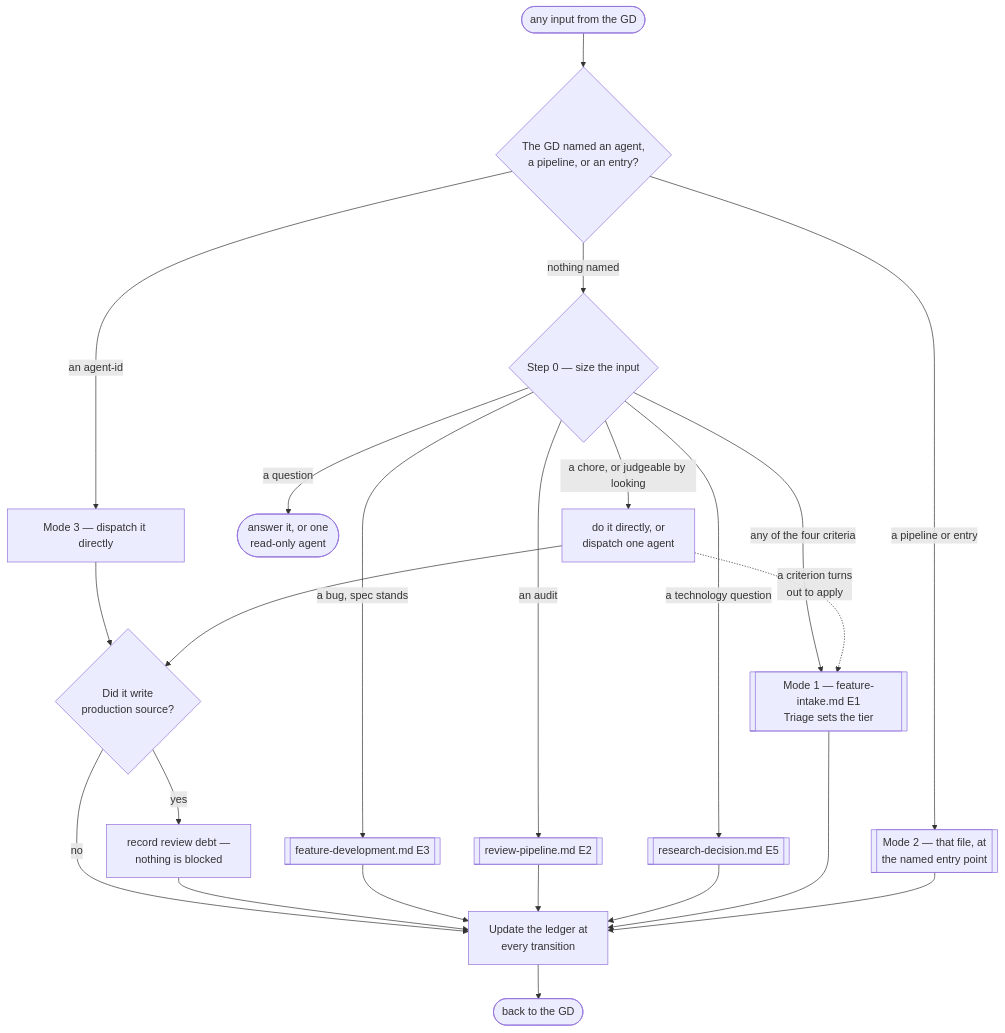
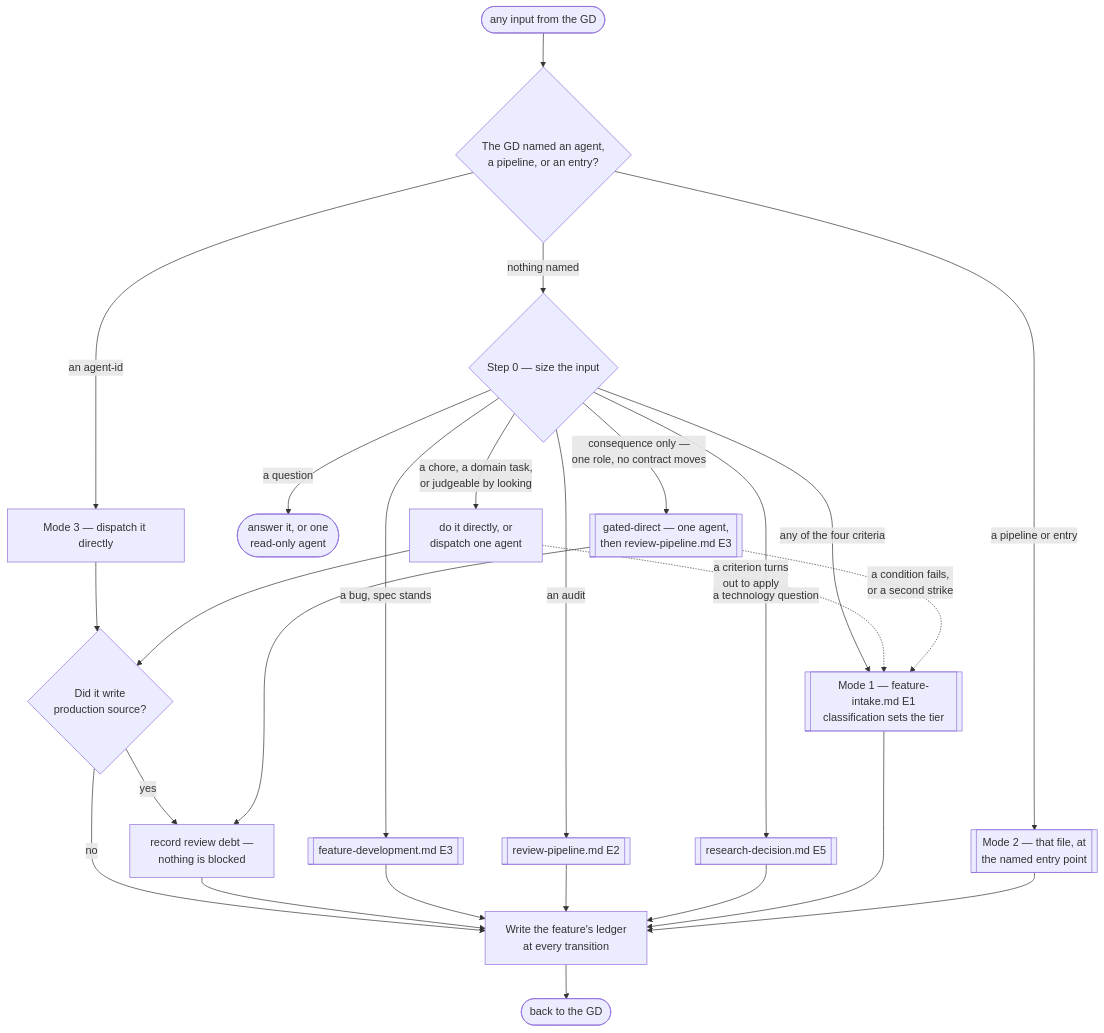
Before and after one commit to PhuNguyen182/AI-For-Game-Development: the diagram in .claude/workflows/orchestrator.md, drawn with Mermaid. The commit also changed other lines of this file and 4 other files, not shown here.

````diff
--- a/.claude/workflows/orchestrator.md
+++ b/.claude/workflows/orchestrator.md
@@ -61,30 +92,33 @@
 ```mermaid
 flowchart TD
     In([any input from the GD]) --> Named{The GD named an agent,<br/>a pipeline, or an entry?}
 
     Named -->|an agent-id| M3[Mode 3 — dispatch it directly]
     Named -->|a pipeline or entry| M2[[Mode 2 — that file, at<br/>the named entry point]]
     Named -->|nothing named| Size{Step 0 — size the input}
 
     Size -->|a question| Ans([answer it, or one<br/>read-only agent])
-    Size -->|"a chore, or judgeable by looking"| Do[do it directly, or<br/>dispatch one agent]
+    Size -->|"a chore, a domain task,<br/>or judgeable by looking"| Do[do it directly, or<br/>dispatch one agent]
     Size -->|a bug, spec stands| Bug[[feature-development.md E3]]
     Size -->|an audit| Aud[[review-pipeline.md E2]]
     Size -->|a technology question| Res[[research-decision.md E5]]
-    Size -->|any of the four criteria| Full[[Mode 1 — feature-intake.md E1<br/>Triage sets the tier]]
+    Size -->|"consequence only —<br/>one role, no contract moves"| GDL[[gated-direct — one agent,<br/>then review-pipeline.md E3]]
+    Size -->|any of the four criteria| Full[[Mode 1 — feature-intake.md E1<br/>classification sets the tier]]
 
     Do -.->|a criterion turns<br/>out to apply| Full
+    GDL -.->|a condition fails,<br/>or a second strike| Full
 
     M3 --> Wrote{Did it write<br/>production source?}
     Do --> Wrote
     Wrote -->|yes| Debt[record review debt —<br/>nothing is blocked]
     Wrote -->|no| Led
     Debt --> Led
 
     Bug --> Led
     Aud --> Led
     Res --> Led
+    GDL --> Debt
     Full --> Led
-    M2 --> Led[Update the ledger at<br/>every transition]
+    M2 --> Led[Write the feature's ledger<br/>at every transition]
     Led --> Out([back to the GD])
 ```
````
